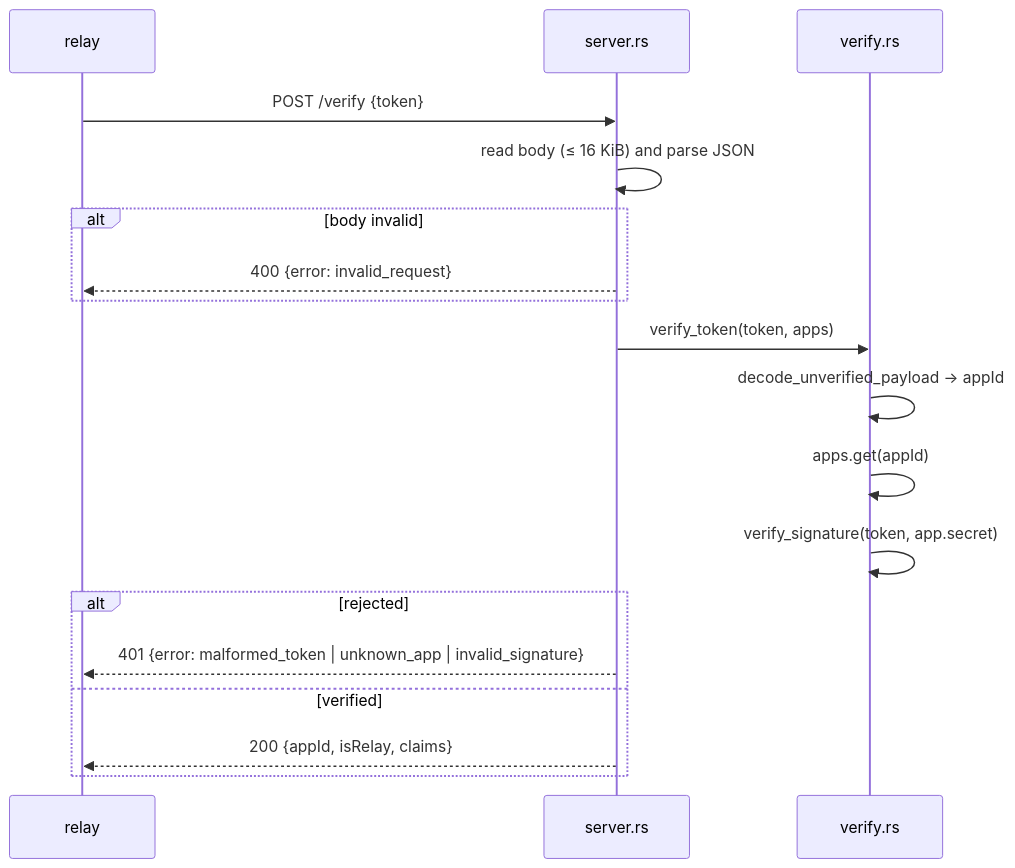
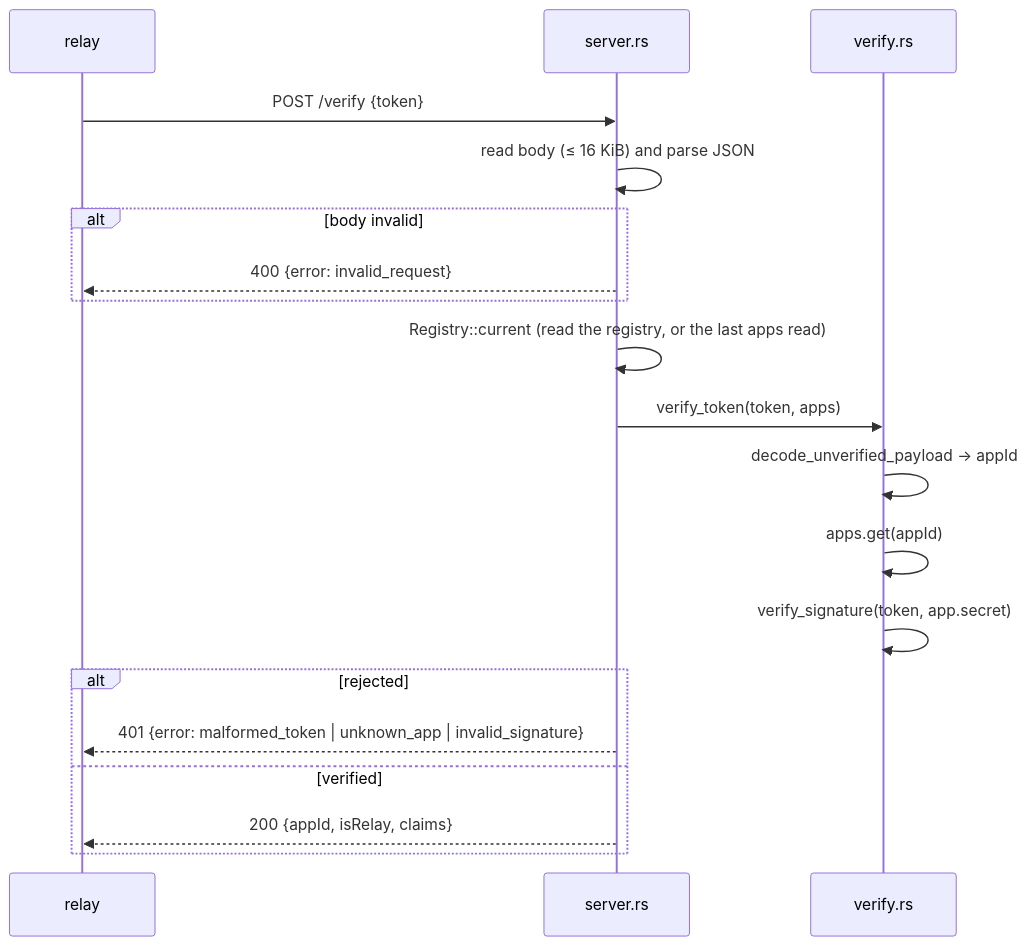
One commit to nttcom/moq-wasm changed the diagram in docs/architecture/vts/architecture.md. Above: the diagram before and after it, drawn with Mermaid. The commit also changed other lines of this file and 13 other files, not shown here.

First line of the commit message:
feat(vts): read the registry through app-registry on every verification

````diff
--- a/docs/architecture/vts/architecture.md
+++ b/docs/architecture/vts/architecture.md
@@ -31,20 +33,21 @@
 ```mermaid
 sequenceDiagram
     participant R as relay
     participant S as server.rs
     participant V as verify.rs
     R->>S: POST /verify {token}
     S->>S: read body (≤ 16 KiB) and parse JSON
     alt body invalid
         S-->>R: 400 {error: invalid_request}
     end
+    S->>S: Registry::current (read the registry, or the last apps read)
     S->>V: verify_token(token, apps)
     V->>V: decode_unverified_payload → appId
     V->>V: apps.get(appId)
     V->>V: verify_signature(token, app.secret)
     alt rejected
         S-->>R: 401 {error: malformed_token | unknown_app | invalid_signature}
     else verified
         S-->>R: 200 {appId, isRelay, claims}
     end
 ```
````
